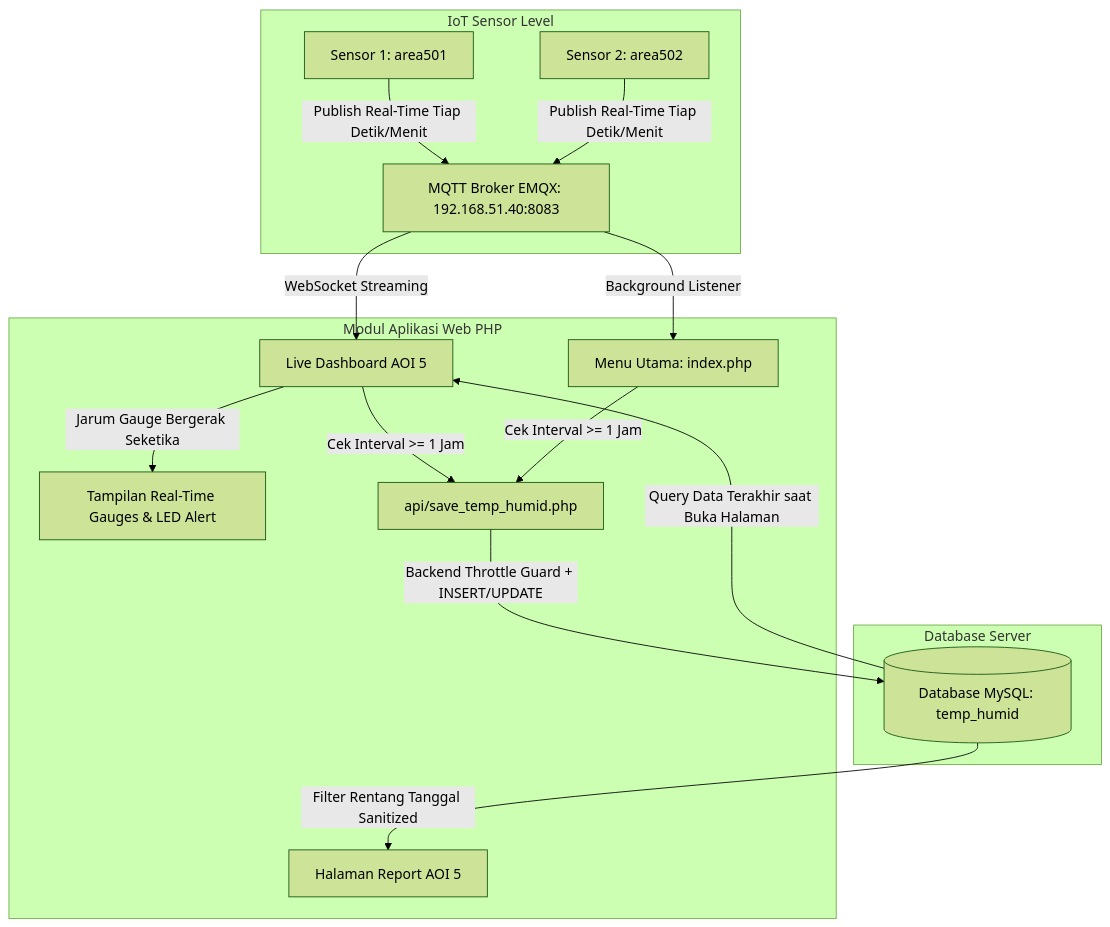
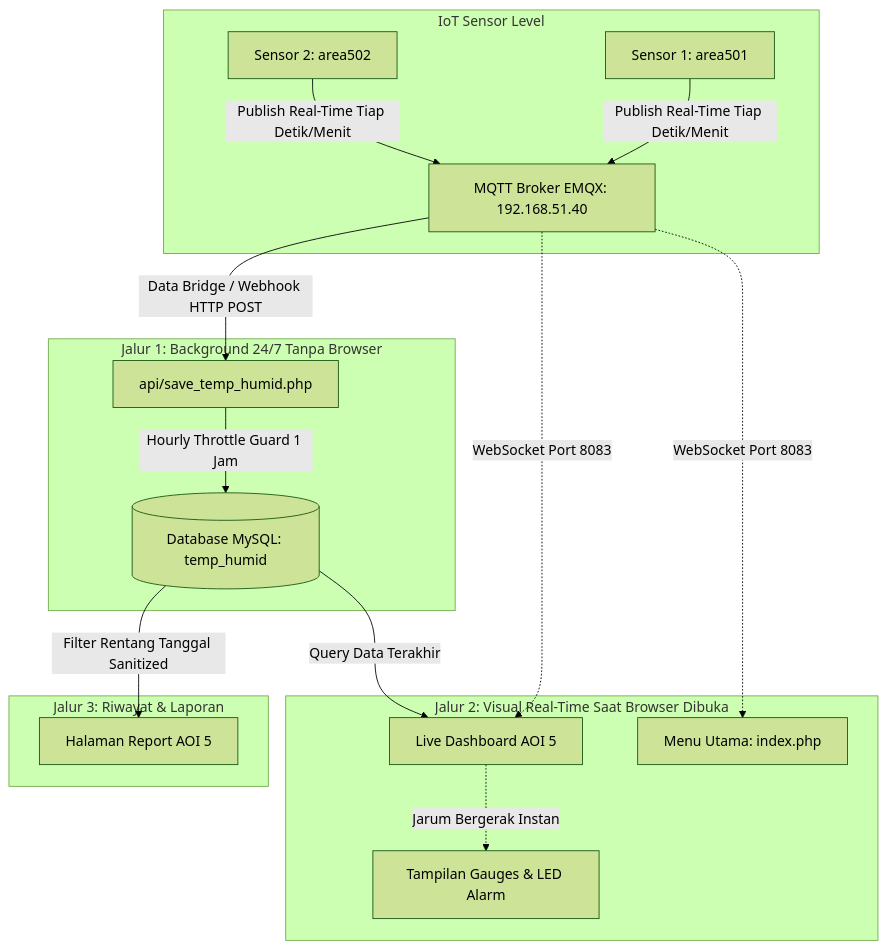
One commit to ajidwi02/enviro changed the diagram in LAPORAN_PEMBUATAN_HUMIDITY_AOI5.md. Above: the diagram before and after it, drawn with Mermaid (forest theme). The commit also changed other lines of this file and 1 other file, not shown here.

Commit message:
Update API Humidity AOI 5

````diff
--- a/LAPORAN_PEMBUATAN_HUMIDITY_AOI5.md
+++ b/LAPORAN_PEMBUATAN_HUMIDITY_AOI5.md
@@ -41,28 +44,23 @@
 ```mermaid
 graph TD
     subgraph IoT Sensor Level
-        S1[Sensor 1: area501] -->|Publish Real-Time Tiap Detik/Menit| MB[MQTT Broker EMQX: 192.168.51.40:8083]
+        S1[Sensor 1: area501] -->|Publish Real-Time Tiap Detik/Menit| MB[MQTT Broker EMQX: 192.168.51.40]
         S2[Sensor 2: area502] -->|Publish Real-Time Tiap Detik/Menit| MB
     end
 
-    subgraph Database Server
-        DB[(Database MySQL: temp_humid)]
+    subgraph Jalur 1: Background 24/7 Tanpa Browser
+        MB -->|Data Bridge / Webhook HTTP POST| API[api/save_temp_humid.php]
+        API -->|Hourly Throttle Guard 1 Jam| DB[(Database MySQL: temp_humid)]
     end
 
-    subgraph Modul Aplikasi Web PHP
-        MB -->|WebSocket Streaming| D[Live Dashboard AOI 5]
-        MB -->|Background Listener| M[Menu Utama: index.php]
-        
-        %% Jalur 1: Visual Instan
-        D -->|Jarum Gauge Bergerak Seketika| UI[Tampilan Real-Time Gauges & LED Alert]
-        
-        %% Jalur 2: Throttled DB Save
-        D -->|Cek Interval >= 1 Jam| API[api/save_temp_humid.php]
-        M -->|Cek Interval >= 1 Jam| API
-        
-        API -->|Backend Throttle Guard + INSERT/UPDATE| DB
-        
-        DB -->|Query Data Terakhir saat Buka Halaman| D
+    subgraph Jalur 2: Visual Real-Time Saat Browser Dibuka
+        MB -.->|WebSocket Port 8083| D[Live Dashboard AOI 5]
+        MB -.->|WebSocket Port 8083| M[Menu Utama: index.php]
+        D -.->|Jarum Bergerak Instan| UI[Tampilan Gauges & LED Alarm]
+    end
+
+    subgraph Jalur 3: Riwayat & Laporan
+        DB -->|Query Data Terakhir| D
         DB -->|Filter Rentang Tanggal Sanitized| R[Halaman Report AOI 5]
     end
 ```
````
